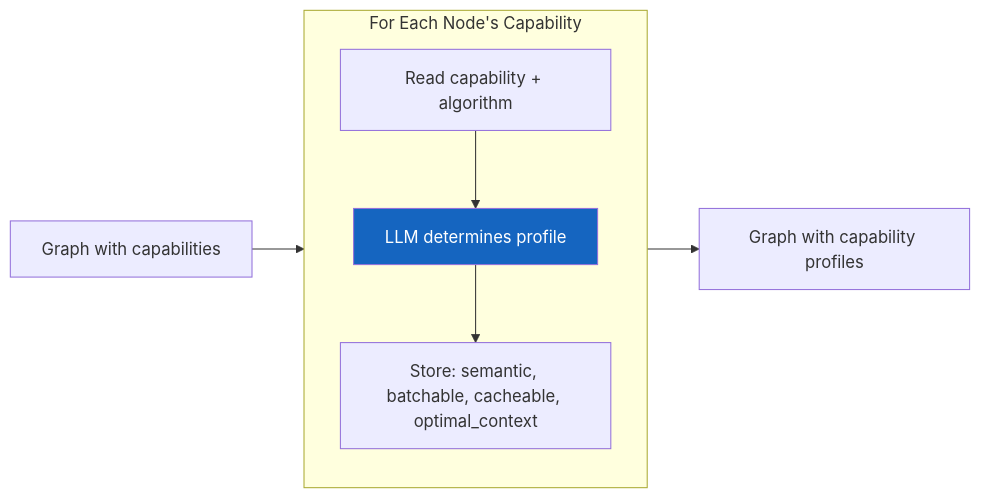
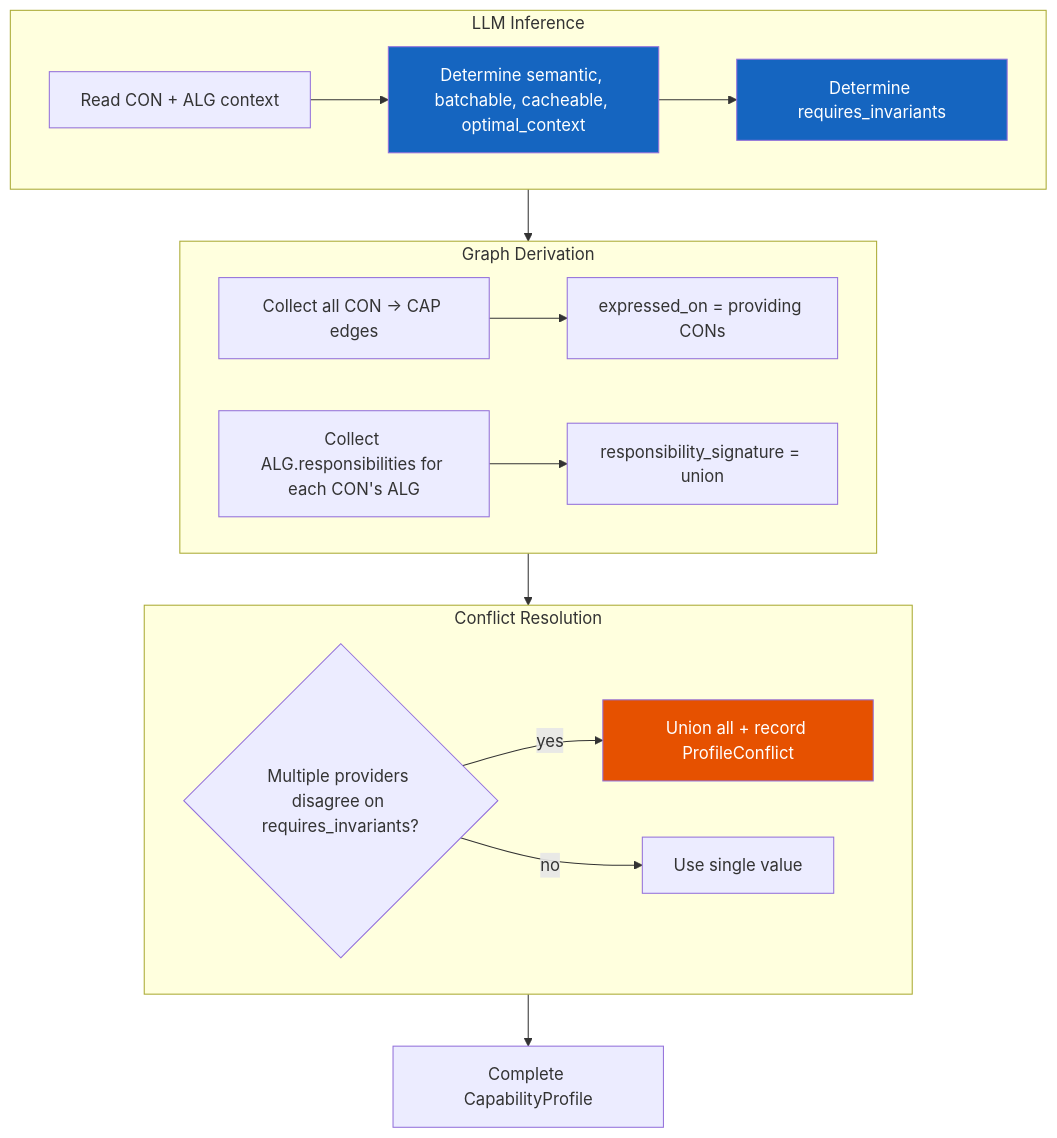
One commit to nestharus/ai-workflow changed the fifth of 30 diagrams in .tasks/plans/algorithm graph creator/feedback.md. Above: the diagram before and after it, drawn with Mermaid. The commit also changed other lines of this file, not shown here.

First line of the commit message:
Update algorithm graph creator with revised ownership model

````diff
--- a/.tasks/plans/algorithm graph creator/feedback.md
+++ b/.tasks/plans/algorithm graph creator/feedback.md
@@ -143,14 +207,26 @@
 ```mermaid
-flowchart LR
-    IN[Graph with capabilities] --> LOOP
-
-    subgraph LOOP[For Each Node's Capability]
-        direction TB
-        A[Read capability + algorithm] --> B[LLM determines profile]:::llm
-        B --> C[Store: semantic, batchable, cacheable, optimal_context]
+flowchart TB
+    subgraph INFER[LLM Inference]
+        direction LR
+        A[Read CON + ALG context] --> B[Determine semantic, batchable, cacheable, optimal_context]:::llm
+        B --> C[Determine requires_invariants]:::llm
     end
 
-    LOOP --> OUT[Graph with capability profiles]
+    subgraph DERIVE[Graph Derivation]
+        direction LR
+        D[Collect all CON → CAP edges] --> E[expressed_on = providing CONs]
+        F[Collect ALG.responsibilities for each CON's ALG] --> G[responsibility_signature = union]
+    end
+
+    subgraph RESOLVE[Conflict Resolution]
+        direction LR
+        H{Multiple providers disagree on requires_invariants?}
+        H -->|yes| I[Union all + record ProfileConflict]:::warn
+        H -->|no| J[Use single value]
+    end
+
+    INFER --> DERIVE --> RESOLVE --> OUT[Complete CapabilityProfile]
 
     classDef llm fill:#1565c0,color:#fff
+    classDef warn fill:#e65100,color:#fff
 ```
````
